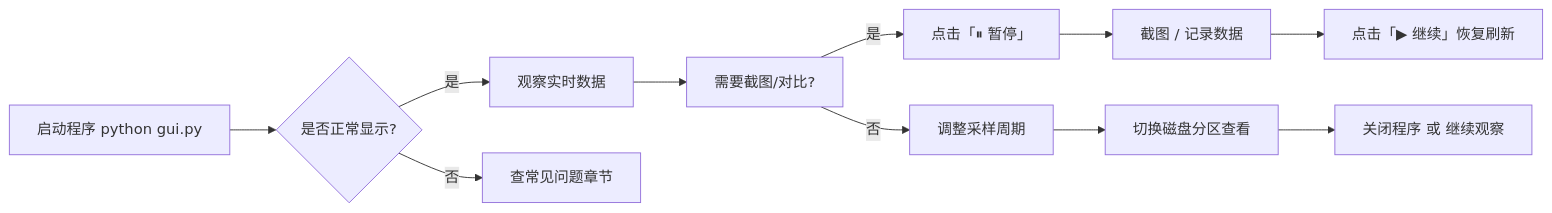
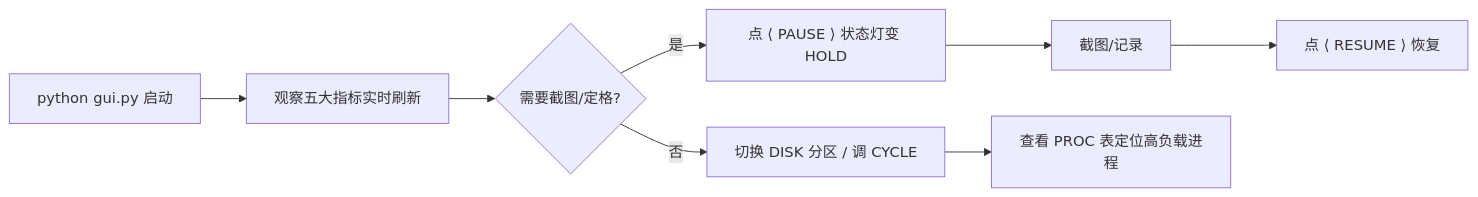
One commit to klsjSDE6/SystemMonitor changed the diagram in OPERATING_MANUAL.md. Above: the diagram before and after it, drawn with Mermaid. The commit also changed other lines of this file and 5 other files, not shown here.

````diff
--- a/OPERATING_MANUAL.md
+++ b/OPERATING_MANUAL.md
@@ -125,13 +121,10 @@
 ```mermaid
 graph LR
-A[启动程序 python gui.py] --> B{是否正常显示?}
-B -->|是| C[观察实时数据]
-B -->|否| D[查常见问题章节]
-C --> E[需要截图/对比?]
-E -->|是| F[点击「⏸ 暂停」]
-F --> G[截图 / 记录数据]
-G --> H[点击「▶ 继续」恢复刷新]
-E -->|否| I[调整采样周期]
-I --> J[切换磁盘分区查看]
-J --> K[关闭程序 或 继续观察]
+A[python gui.py 启动] --> B[观察五大指标实时刷新]
+B --> C{需要截图/定格?}
+C -->|是| D[点 ⟨ PAUSE ⟩ 状态灯变 HOLD]
+D --> E[截图/记录]
+E --> F[点 ⟨ RESUME ⟩ 恢复]
+C -->|否| G[切换 DISK 分区 / 调 CYCLE]
+G --> H[查看 PROC 表定位高负载进程]
 ```
````
